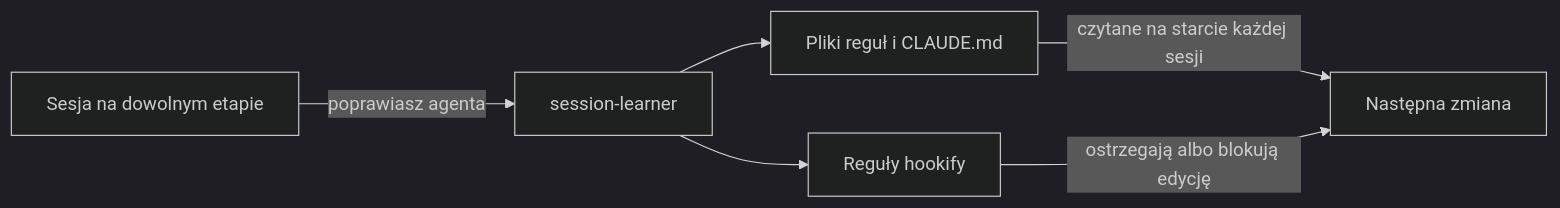
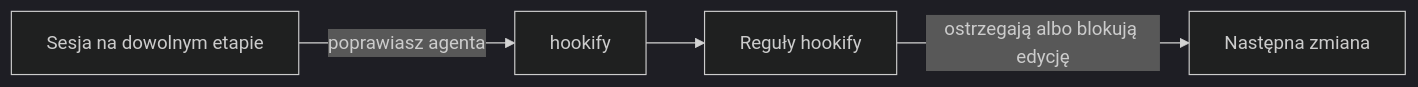
The diagram in docs/src/content/docs/pl/lifecycle/index.mdx (grixu/cc-toolkit), drawn with Mermaid (dark theme) before and after one commit. The commit also changed other lines of this file and 14 other files, not shown here.

Commit message:
docs: drop session-learner and list the removed plugins after the main merge

````diff
--- a/docs/src/content/docs/pl/lifecycle/index.mdx
+++ b/docs/src/content/docs/pl/lifecycle/index.mdx
@@ -114,8 +114,6 @@
 ```mermaid
 flowchart LR
-  Session[Sesja na dowolnym etapie] -->|poprawiasz agenta| Learn[session-learner]
-  Learn --> Rules[Pliki reguł i CLAUDE.md]
-  Learn --> Hooks[Reguły hookify]
-  Rules -->|czytane na starcie każdej sesji| Next[Następna zmiana]
-  Hooks -->|ostrzegają albo blokują edycję| Next
+  Session[Sesja na dowolnym etapie] -->|poprawiasz agenta| Hookify[hookify]
+  Hookify --> Hooks[Reguły hookify]
+  Hooks -->|ostrzegają albo blokują edycję| Next[Następna zmiana]
 ```
````
